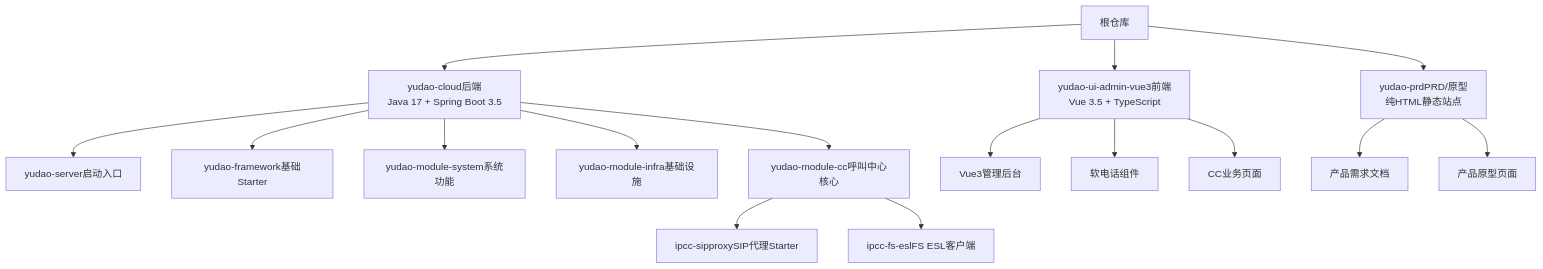
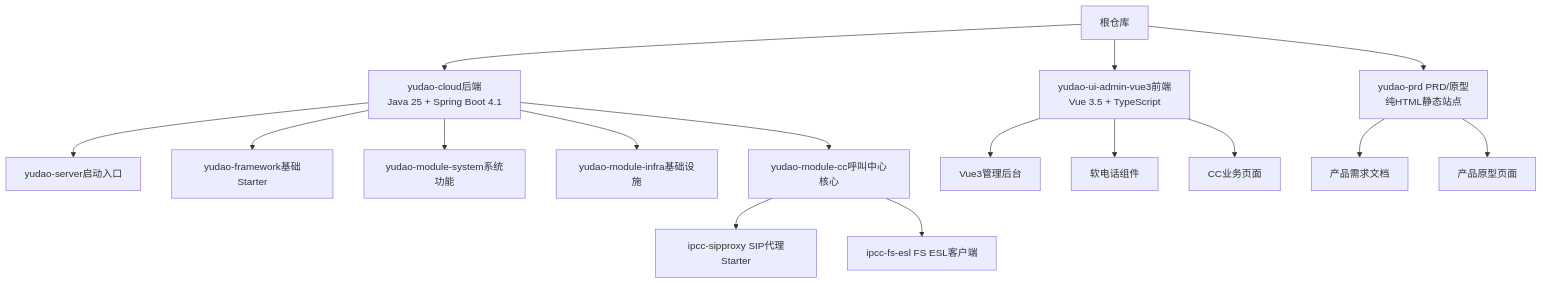
The first of 5 diagrams in .qoder/repowiki/zh/content/项目概述.md (D2Moqi/open-ipcc), drawn with Mermaid before and after one commit. The commit also changed other lines of this file and 577 other files, not shown here.

````diff
--- a/.qoder/repowiki/zh/content/项目概述.md
+++ b/.qoder/repowiki/zh/content/项目概述.md
@@ -53,18 +96,18 @@
 ```mermaid
 graph TB
-A["根仓库"] --> B["yudao-cloud后端<br/>Java 17 + Spring Boot 3.5"]
+A["根仓库"] --> B["yudao-cloud后端<br/>Java 25 + Spring Boot 4.1"]
 A --> C["yudao-ui-admin-vue3前端<br/>Vue 3.5 + TypeScript"]
-A --> D["yudao-prdPRD/原型<br/>纯HTML静态站点"]
+A --> D["yudao-prd PRD/原型<br/>纯HTML静态站点"]
 B --> B1["yudao-server启动入口"]
 B --> B2["yudao-framework基础Starter"]
 B --> B3["yudao-module-system系统功能"]
 B --> B4["yudao-module-infra基础设施"]
 B --> B5["yudao-module-cc呼叫中心核心"]
-B5 --> B5a["ipcc-sipproxySIP代理Starter"]
-B5 --> B5b["ipcc-fs-eslFS ESL客户端"]
+B5 --> B5a["ipcc-sipproxy SIP代理Starter"]
+B5 --> B5b["ipcc-fs-esl FS ESL客户端"]
 C --> C1["Vue3管理后台"]
 C --> C2["软电话组件"]
 C --> C3["CC业务页面"]
 D --> D1["产品需求文档"]
 D --> D2["产品原型页面"]
 ```
````
